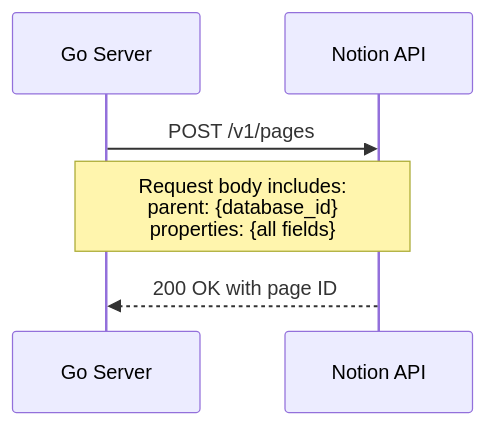
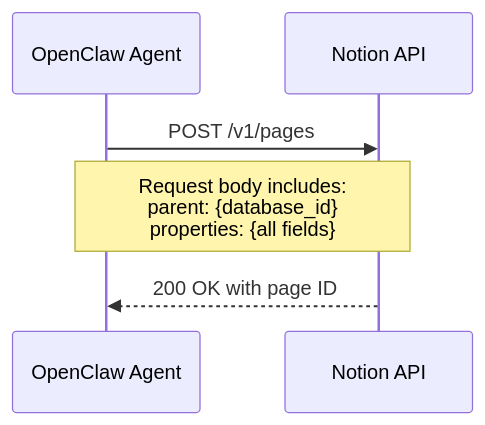
One commit to NickBorgersProbably/hide-my-list changed diagram 13 of 18 in docs/notion-schema.md. Above: the diagram before and after it, drawn with Mermaid. The commit also changed other lines of this file and 7 other files, not shown here.

````diff
--- a/docs/notion-schema.md
+++ b/docs/notion-schema.md
@@ -727,9 +727,9 @@
 ```mermaid
 sequenceDiagram
-    participant Server as Go Server
+    participant Agent as OpenClaw Agent
     participant Notion as Notion API
 
-    Server->>Notion: POST /v1/pages
-    Note over Server,Notion: Request body includes:<br/>parent: {database_id}<br/>properties: {all fields}
-    Notion-->>Server: 200 OK with page ID
+    Agent->>Notion: POST /v1/pages
+    Note over Agent,Notion: Request body includes:<br/>parent: {database_id}<br/>properties: {all fields}
+    Notion-->>Agent: 200 OK with page ID
 ```
````
